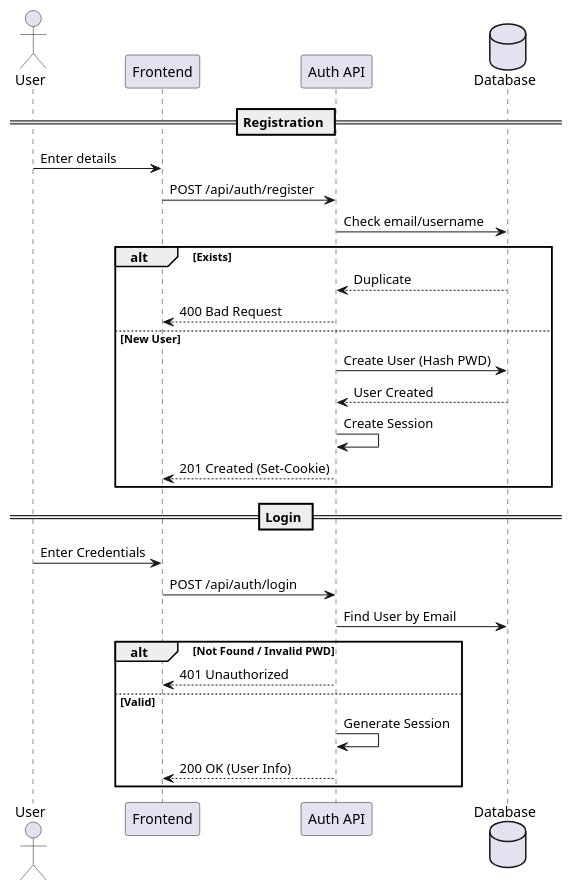
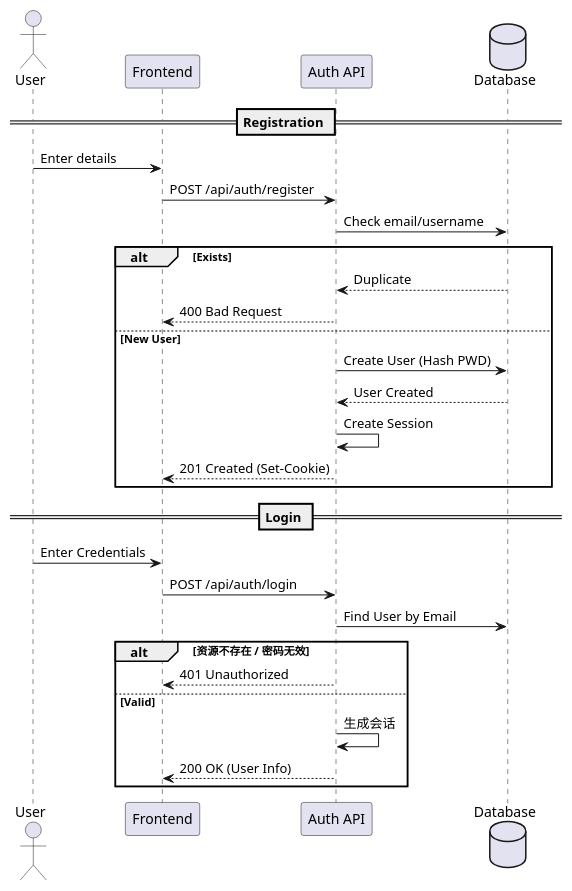
Before and after one commit to maroonxv/TravelShare: the first of 4 diagrams in doc/requirements/interface.md, drawn with PlantUML. The commit also changed other lines of this file and 59 other files, not shown here.

````diff
--- a/doc/requirements/interface.md
+++ b/doc/requirements/interface.md
@@ -53,33 +53,33 @@
 ```plantuml
 @startuml
 actor User
 participant "Frontend" as FE
 participant "Auth API" as API
 database "Database" as DB
 
 == Registration ==
 User -> FE: Enter details
 FE -> API: POST /api/auth/register
 API -> DB: Check email/username
 alt Exists
     DB --> API: Duplicate
     API --> FE: 400 Bad Request
 else New User
     API -> DB: Create User (Hash PWD)
     DB --> API: User Created
     API -> API: Create Session
     API --> FE: 201 Created (Set-Cookie)
 end
 
 == Login ==
 User -> FE: Enter Credentials
 FE -> API: POST /api/auth/login
 API -> DB: Find User by Email
-alt Not Found / Invalid PWD
+alt 资源不存在 / 密码无效
     API --> FE: 401 Unauthorized
 else Valid
-    API -> API: Generate Session
+    API -> API: 生成会话
     API --> FE: 200 OK (User Info)
 end
 @enduml
 ```
````
